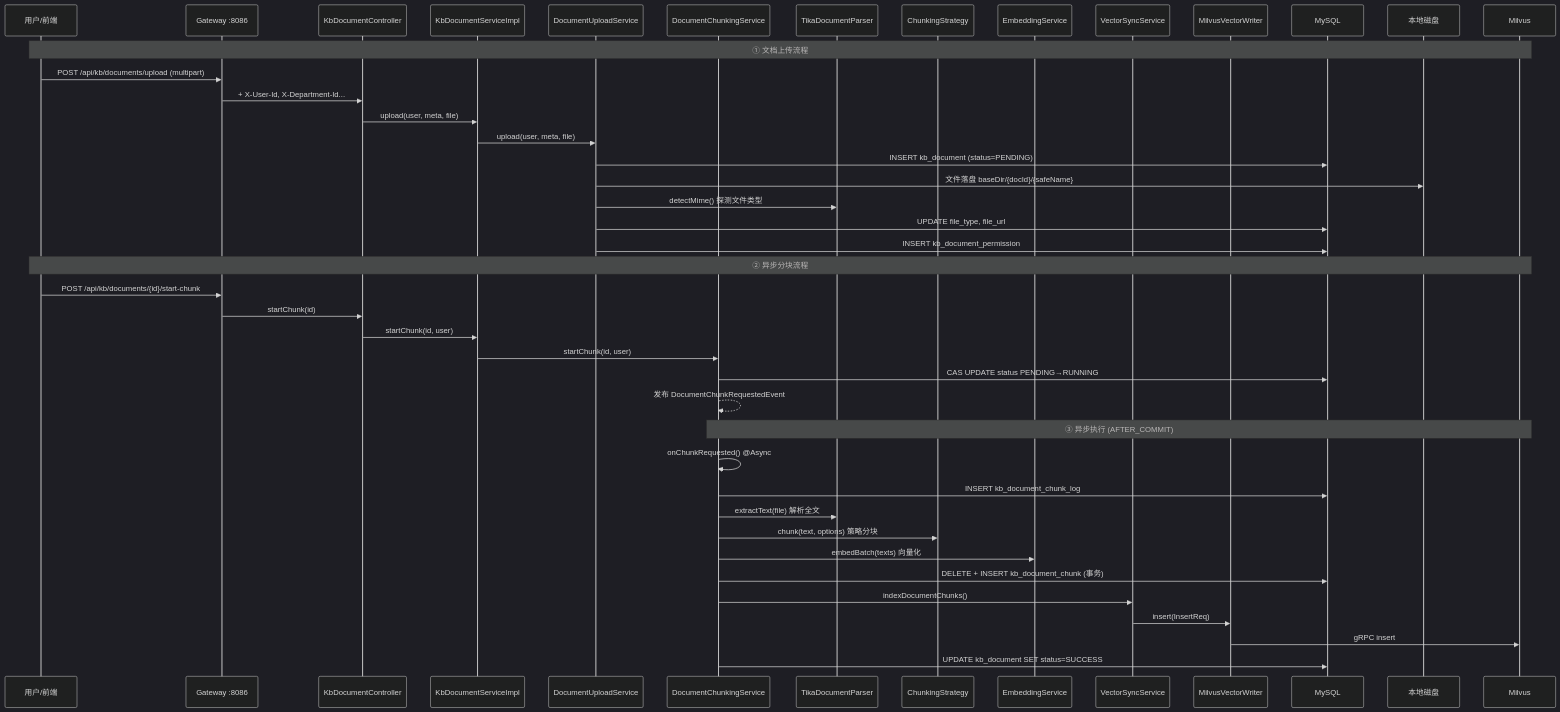
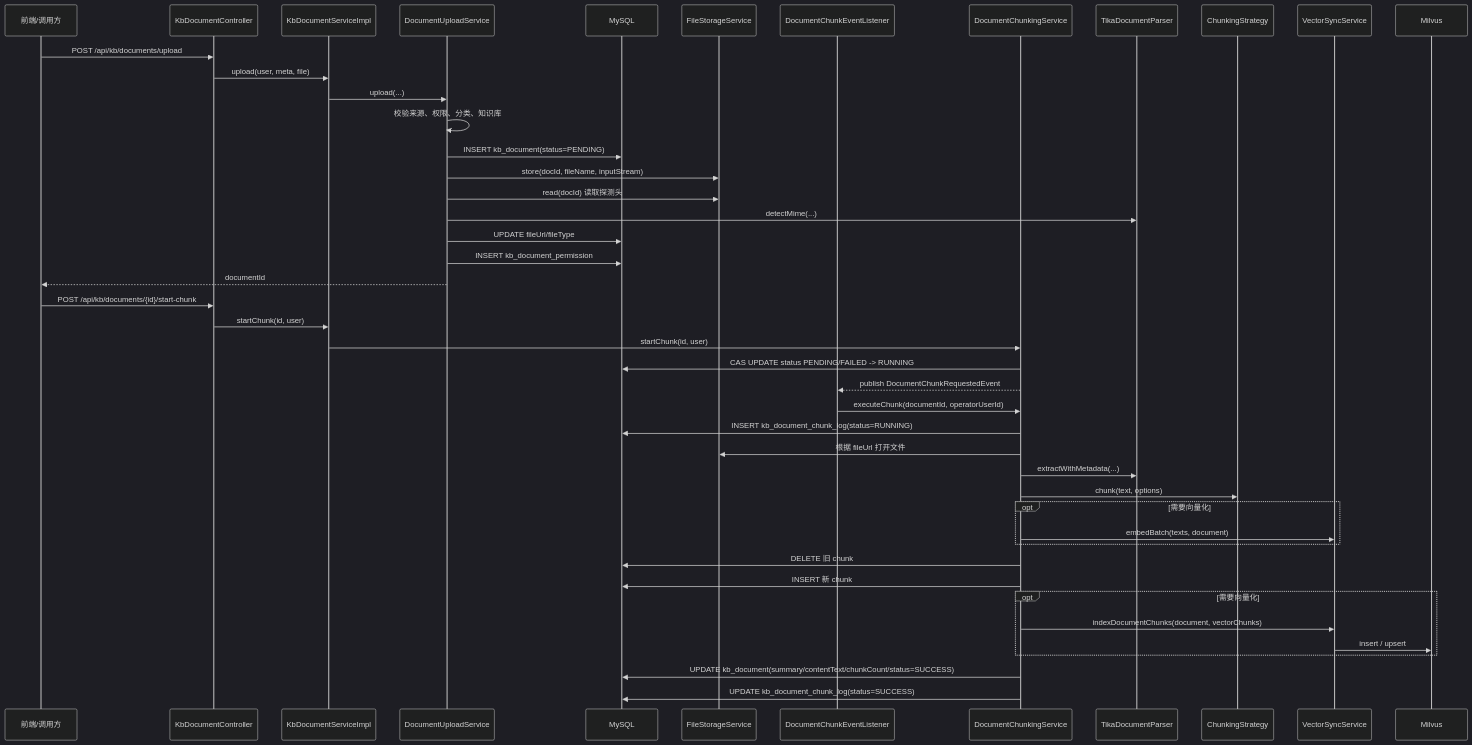
Before and after one commit to ZjlShenshiqing/EnterpriseKnowledgeWorkspace: the third of 17 diagrams in docs/knowledge-service-code-analysis.md, drawn with Mermaid (dark theme). The commit also changed other lines of this file and 26 other files, not shown here.

````diff
--- a/docs/knowledge-service-code-analysis.md
+++ b/docs/knowledge-service-code-analysis.md
@@ -154,48 +255,50 @@
 ```mermaid
 sequenceDiagram
-    participant U as 用户/前端
-    participant GW as Gateway :8086
+    participant FE as 前端/调用方
     participant CTL as KbDocumentController
-    participant SVC as KbDocumentServiceImpl
+    participant DOC as KbDocumentServiceImpl
     participant UPL as DocumentUploadService
+    participant DB as MySQL
+    participant FS as FileStorageService
+    participant EVT as DocumentChunkEventListener
     participant CHK as DocumentChunkingService
     participant TIKA as TikaDocumentParser
     participant STR as ChunkingStrategy
-    participant EMB as EmbeddingService
     participant VEC as VectorSyncService
-    participant MV as MilvusVectorWriter
-    participant DB as MySQL
-    participant DISK as 本地磁盘
     participant MIL as Milvus
 
-    Note over U,MIL: ① 文档上传流程
-    U->>GW: POST /api/kb/documents/upload (multipart)
-    GW->>CTL: + X-User-Id, X-Department-Id...
-    CTL->>SVC: upload(user, meta, file)
-    SVC->>UPL: upload(user, meta, file)
-    UPL->>DB: INSERT kb_document (status=PENDING)
-    UPL->>DISK: 文件落盘 baseDir/{docId}/{safeName}
-    UPL->>TIKA: detectMime() 探测文件类型
-    UPL->>DB: UPDATE file_type, file_url
+    FE->>CTL: POST /api/kb/documents/upload
+    CTL->>DOC: upload(user, meta, file)
+    DOC->>UPL: upload(...)
+    UPL->>UPL: 校验来源、权限、分类、知识库
+    UPL->>DB: INSERT kb_document(status=PENDING)
+    UPL->>FS: store(docId, fileName, inputStream)
+    UPL->>FS: read(docId) 读取探测头
+    UPL->>TIKA: detectMime(...)
+    UPL->>DB: UPDATE fileUrl/fileType
     UPL->>DB: INSERT kb_document_permission
+    UPL-->>FE: documentId
 
-    Note over U,MIL: ② 异步分块流程
-    U->>GW: POST /api/kb/documents/{id}/start-chunk
-    GW->>CTL: startChunk(id)
-    CTL->>SVC: startChunk(id, user)
-    SVC->>CHK: startChunk(id, user)
-    CHK->>DB: CAS UPDATE status PENDING→RUNNING
-    CHK-->>CHK: 发布 DocumentChunkRequestedEvent
+    FE->>CTL: POST /api/kb/documents/{id}/start-chunk
+    CTL->>DOC: startChunk(id, user)
+    DOC->>CHK: startChunk(id, user)
+    CHK->>DB: CAS UPDATE status PENDING/FAILED -> RUNNING
+    CHK-->>EVT: publish DocumentChunkRequestedEvent
 
-    Note over CHK,MIL: ③ 异步执行 (AFTER_COMMIT)
-    CHK->>CHK: onChunkRequested() @Async
-    CHK->>DB: INSERT kb_document_chunk_log
-    CHK->>TIKA: extractText(file) 解析全文
-    CHK->>STR: chunk(text, options) 策略分块
-    CHK->>EMB: embedBatch(texts) 向量化
-    CHK->>DB: DELETE + INSERT kb_document_chunk (事务)
-    CHK->>VEC: indexDocumentChunks()
-    VEC->>MV: insert(InsertReq)
-    MV->>MIL: gRPC insert
-    CHK->>DB: UPDATE kb_document SET status=SUCCESS
+    EVT->>CHK: executeChunk(documentId, operatorUserId)
+    CHK->>DB: INSERT kb_document_chunk_log(status=RUNNING)
+    CHK->>FS: 根据 fileUrl 打开文件
+    CHK->>TIKA: extractWithMetadata(...)
+    CHK->>STR: chunk(text, options)
+    opt 需要向量化
+        CHK->>VEC: embedBatch(texts, document)
+    end
+    CHK->>DB: DELETE 旧 chunk
+    CHK->>DB: INSERT 新 chunk
+    opt 需要向量化
+        CHK->>VEC: indexDocumentChunks(document, vectorChunks)
+        VEC->>MIL: insert / upsert
+    end
+    CHK->>DB: UPDATE kb_document(summary/contentText/chunkCount/status=SUCCESS)
+    CHK->>DB: UPDATE kb_document_chunk_log(status=SUCCESS)
 ```
````
